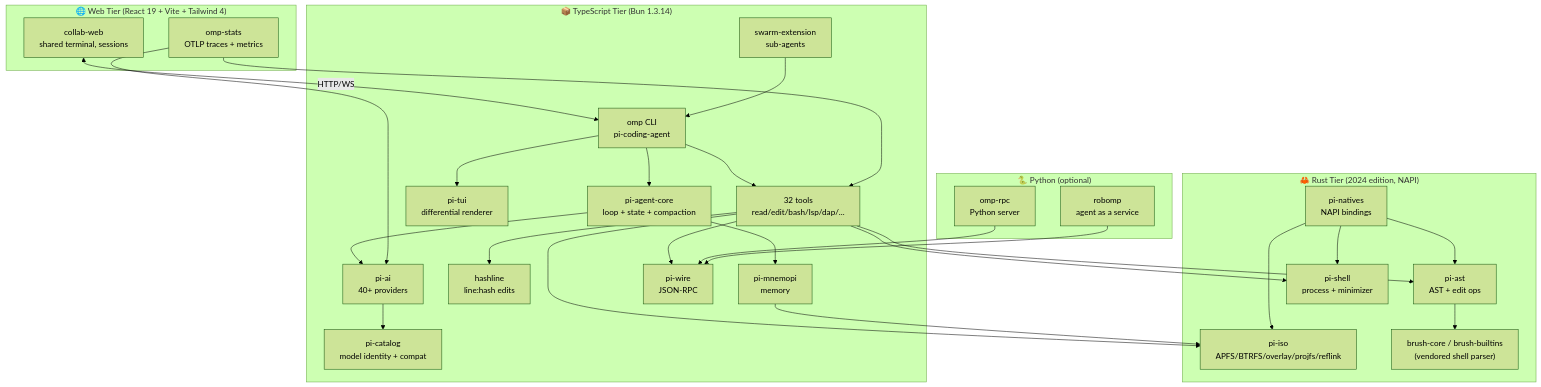
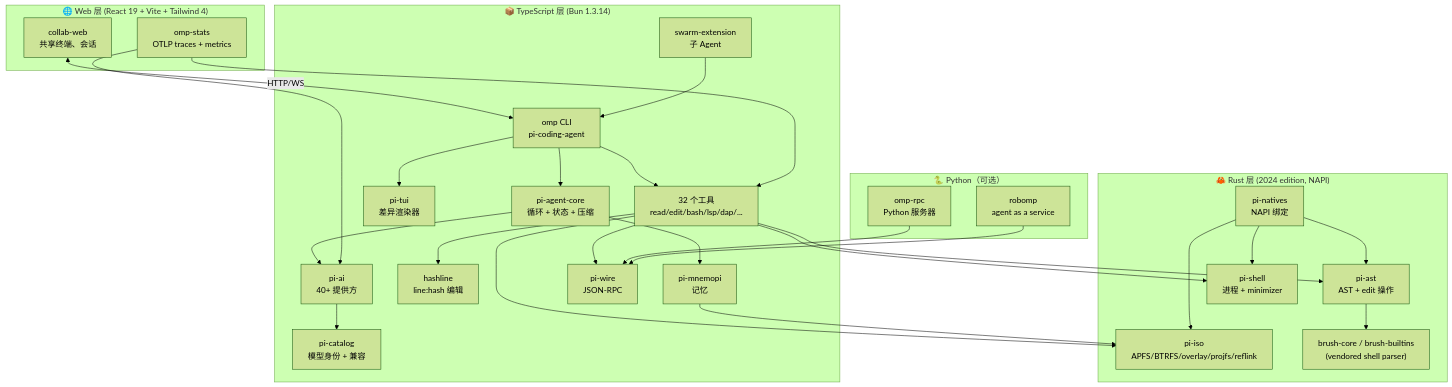
The first of 6 diagrams in docs-site/architecture.md (YeLuo45/oh-my-pi-design), drawn with Mermaid (forest theme) before and after one commit. The commit also changed other lines of this file and 37 other files, not shown here.

````diff
--- a/docs-site/architecture.md
+++ b/docs-site/architecture.md
@@ -7,56 +7,56 @@
 ```mermaid
 flowchart TB
-  subgraph Web["🌐 Web Tier (React 19 + Vite + Tailwind 4)"]
-    Collab[collab-web<br/>shared terminal, sessions]
+  subgraph Web["🌐 Web 层 (React 19 + Vite + Tailwind 4)"]
+    Collab[collab-web<br/>共享终端、会话]
     Stats[omp-stats<br/>OTLP traces + metrics]
   end
 
-  subgraph TS["📦 TypeScript Tier (Bun 1.3.14)"]
+  subgraph TS["📦 TypeScript 层 (Bun 1.3.14)"]
     CLI[omp CLI<br/>pi-coding-agent]
-    Agent[pi-agent-core<br/>loop + state + compaction]
-    AI[pi-ai<br/>40+ providers]
-    Catalog[pi-catalog<br/>model identity + compat]
-    TUI[pi-tui<br/>differential renderer]
-    Hashline[hashline<br/>line:hash edits]
-    Mnemopi[pi-mnemopi<br/>memory]
+    Agent[pi-agent-core<br/>循环 + 状态 + 压缩]
+    AI[pi-ai<br/>40+ 提供方]
+    Catalog[pi-catalog<br/>模型身份 + 兼容]
+    TUI[pi-tui<br/>差异渲染器]
+    Hashline[hashline<br/>line:hash 编辑]
+    Mnemopi[pi-mnemopi<br/>记忆]
     Wire[pi-wire<br/>JSON-RPC]
-    Swarm[swarm-extension<br/>sub-agents]
-    Tools[32 tools<br/>read/edit/bash/lsp/dap/...]
+    Swarm[swarm-extension<br/>子 Agent]
+    Tools[32 个工具<br/>read/edit/bash/lsp/dap/...]
   end
 
-  subgraph Rust["🦀 Rust Tier (2024 edition, NAPI)"]
-    Ast[pi-ast<br/>AST + edit ops]
-    Shell[pi-shell<br/>process + minimizer]
+  subgraph Rust["🦀 Rust 层 (2024 edition, NAPI)"]
+    Ast[pi-ast<br/>AST + edit 操作]
+    Shell[pi-shell<br/>进程 + minimizer]
     Iso[pi-iso<br/>APFS/BTRFS/overlay/projfs/reflink]
-    Natives[pi-natives<br/>NAPI bindings]
+    Natives[pi-natives<br/>NAPI 绑定]
     Vendored["brush-core / brush-builtins<br/>(vendored shell parser)"]
   end
 
-  subgraph Python["🐍 Python (optional)"]
-    OmpRpc[omp-rpc<br/>Python server]
+  subgraph Python["🐍 Python（可选）"]
+    OmpRpc[omp-rpc<br/>Python 服务器]
     Robomp[robomp<br/>agent as a service]
   end
 
   Collab <-->|HTTP/WS| CLI
   CLI --> Agent
   Agent --> AI
   AI --> Catalog
   CLI --> TUI
   CLI --> Tools
   Tools --> Hashline
   Tools --> Iso
   Tools --> Shell
   Tools --> Ast
   Tools --> Wire
   Agent --> Mnemopi
   Mnemopi --> Iso
   Swarm --> CLI
   Stats --> AI
   Stats --> Tools
   Ast --> Vendored
   Natives --> Ast
   Natives --> Shell
   Natives --> Iso
   OmpRpc --> Wire
   Robomp --> Wire
 ```
````
